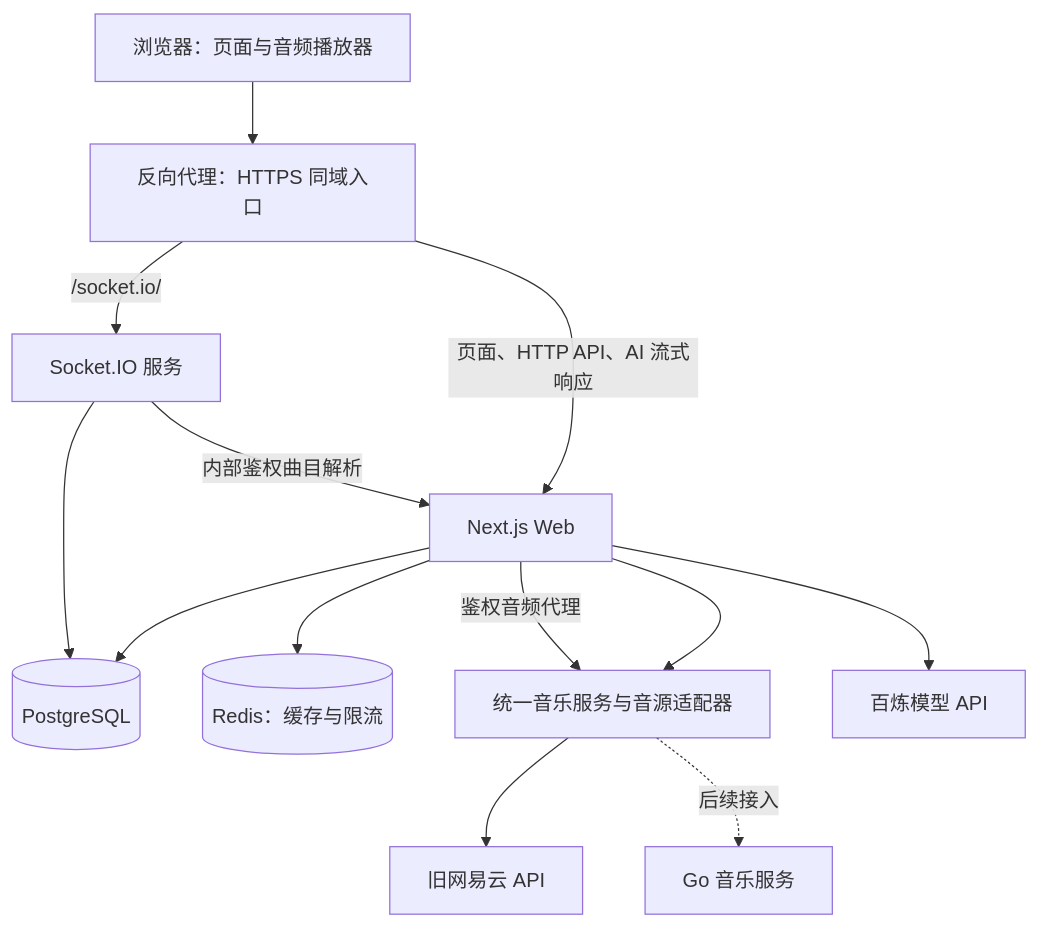
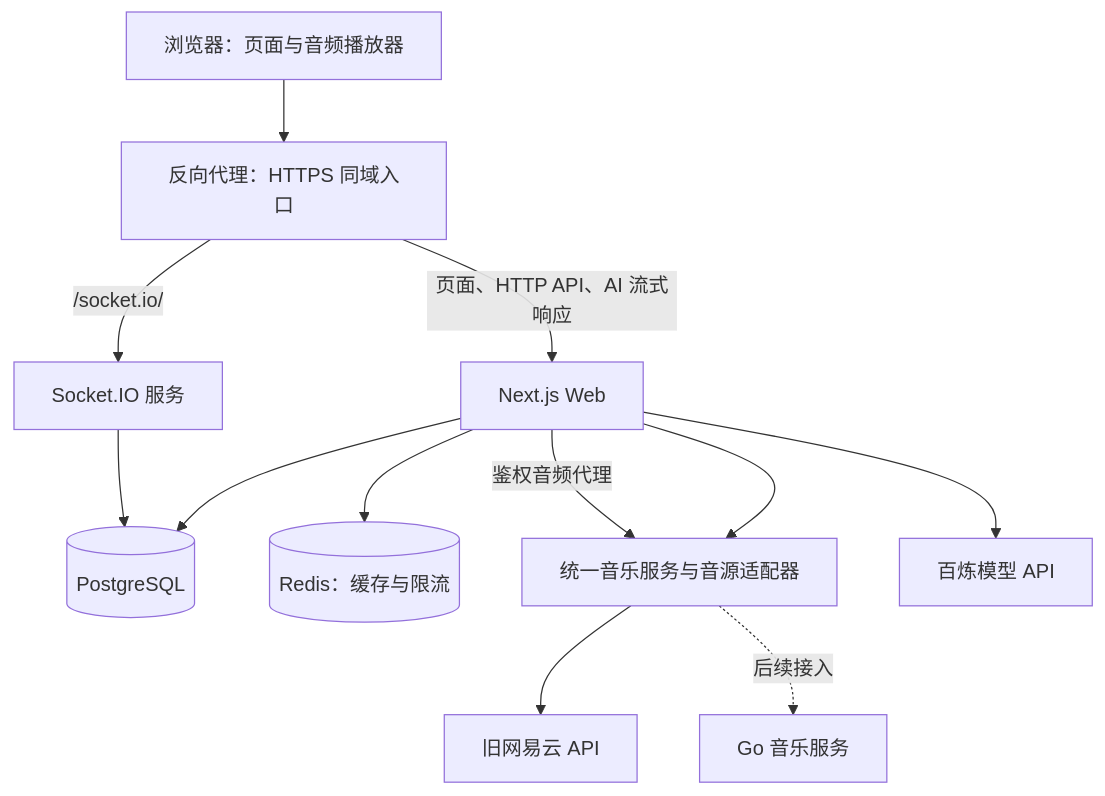
The diagram in docs/项目概览.md (NaClzzz/POOL), drawn with Mermaid before and after one commit. The commit also changed other lines of this file and 70 other files, not shown here.

````diff
--- a/docs/项目概览.md
+++ b/docs/项目概览.md
@@ -71,15 +59,14 @@
 ```mermaid
 flowchart TD
     Browser[浏览器：页面与音频播放器] --> Proxy[反向代理：HTTPS 同域入口]
     Proxy -->|页面、HTTP API、AI 流式响应| Web[Next.js Web]
     Proxy -->|/socket.io/| Realtime[Socket.IO 服务]
     Web --> PG[(PostgreSQL)]
     Web --> Redis[(Redis：缓存与限流)]
     Realtime --> PG
     Web --> Music[统一音乐服务与音源适配器]
     Music --> Legacy[旧网易云 API]
     Music -. 后续接入 .-> Go[Go 音乐服务]
     Web --> AI[百炼模型 API]
-    Realtime -->|内部鉴权曲目解析| Web
     Web -->|鉴权音频代理| Music
 ```
````
